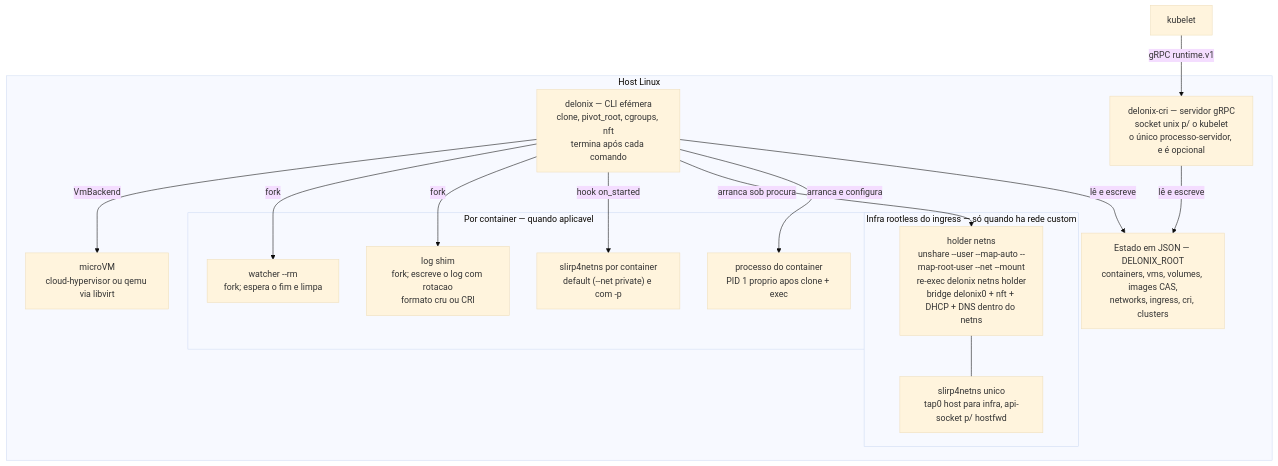
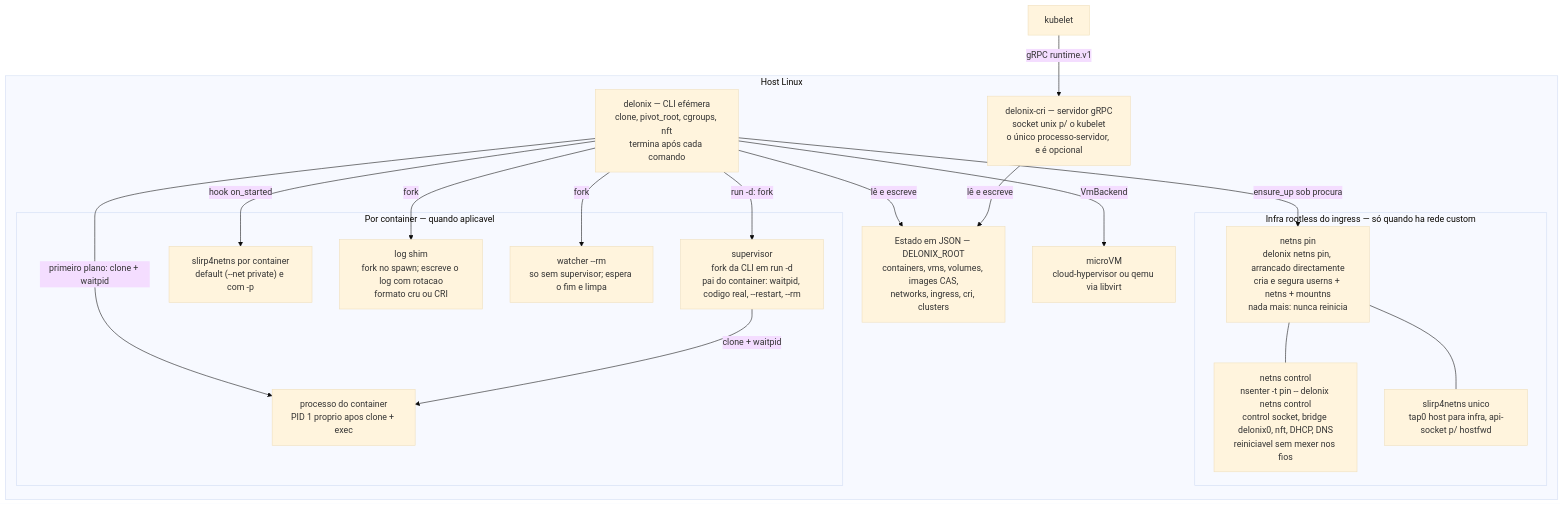
The second of 7 diagrams in ARCHITECTURE.md (ngolacloud/delonix), drawn with Mermaid (base theme) before and after one commit. The commit also changed other lines of this file and 25 other files, not shown here.

First line of the commit message:
docs(architecture): a documentação dos #1044, #1049, #1047 e #1048 chega a main com a v0.2.1 (#1062)

````diff
--- a/ARCHITECTURE.md
+++ b/ARCHITECTURE.md
@@ -67,35 +73,40 @@
 ```mermaid
 graph TB
     subgraph HOST["Host Linux"]
         CLI["delonix — CLI efémera<br>clone, pivot_root, cgroups, nft<br>termina após cada comando"]
         CRIBIN["delonix-cri — servidor gRPC<br>socket unix p/ o kubelet<br>o único processo-servidor, e é opcional"]
         STATE["Estado em JSON — DELONIX_ROOT<br>containers, vms, volumes, images CAS,<br>networks, ingress, cri, clusters"]
 
         subgraph INFRA["Infra rootless do ingress — só quando ha rede custom"]
-            HOLDER["holder netns<br>unshare --user --map-auto --map-root-user --net --mount<br>re-exec delonix netns holder<br>bridge delonix0 + nft + DHCP + DNS dentro do netns"]
+            PIN["netns pin<br>delonix netns pin, arrancado directamente<br>cria e segura userns + netns + mountns<br>nada mais: nunca reinicia"]
+            CONTROL["netns control<br>nsenter -t pin -- delonix netns control<br>control socket, bridge delonix0, nft, DHCP, DNS<br>reiniciavel sem mexer nos fios"]
             SLIRP1["slirp4netns unico<br>tap0 host para infra, api-socket p/ hostfwd"]
         end
 
         subgraph PERCONT["Por container — quando aplicavel"]
+            SUP["supervisor<br>fork da CLI em run -d<br>pai do container: waitpid, codigo real, --restart, --rm"]
             CONT["processo do container<br>PID 1 proprio apos clone + exec"]
             SLIRPN["slirp4netns por container<br>default (--net private) e com -p"]
-            SHIM["log shim<br>fork; escreve o log com rotacao<br>formato cru ou CRI"]
-            WATCH["watcher --rm<br>fork; espera o fim e limpa"]
+            SHIM["log shim<br>fork no spawn; escreve o log com rotacao<br>formato cru ou CRI"]
+            WATCH["watcher --rm<br>so sem supervisor; espera o fim e limpa"]
         end
 
         VM["microVM<br>cloud-hypervisor ou qemu via libvirt"]
     end
 
     KUBELET2["kubelet"]
 
     CLI -- "lê e escreve" --> STATE
     CRIBIN -- "lê e escreve" --> STATE
     KUBELET2 -- "gRPC runtime.v1" --> CRIBIN
-    CLI -- "arranca e configura" --> CONT
-    CLI -- "arranca sob procura" --> HOLDER
-    HOLDER --- SLIRP1
+    CLI -- "primeiro plano: clone + waitpid" --> CONT
+    CLI -- "run -d: fork" --> SUP
+    SUP -- "clone + waitpid" --> CONT
+    CLI -- "ensure_up sob procura" --> PIN
+    PIN --- CONTROL
+    PIN --- SLIRP1
     CLI -- "hook on_started" --> SLIRPN
     CLI -- "fork" --> SHIM
     CLI -- "fork" --> WATCH
     CLI -- "VmBackend" --> VM
 ```
````
